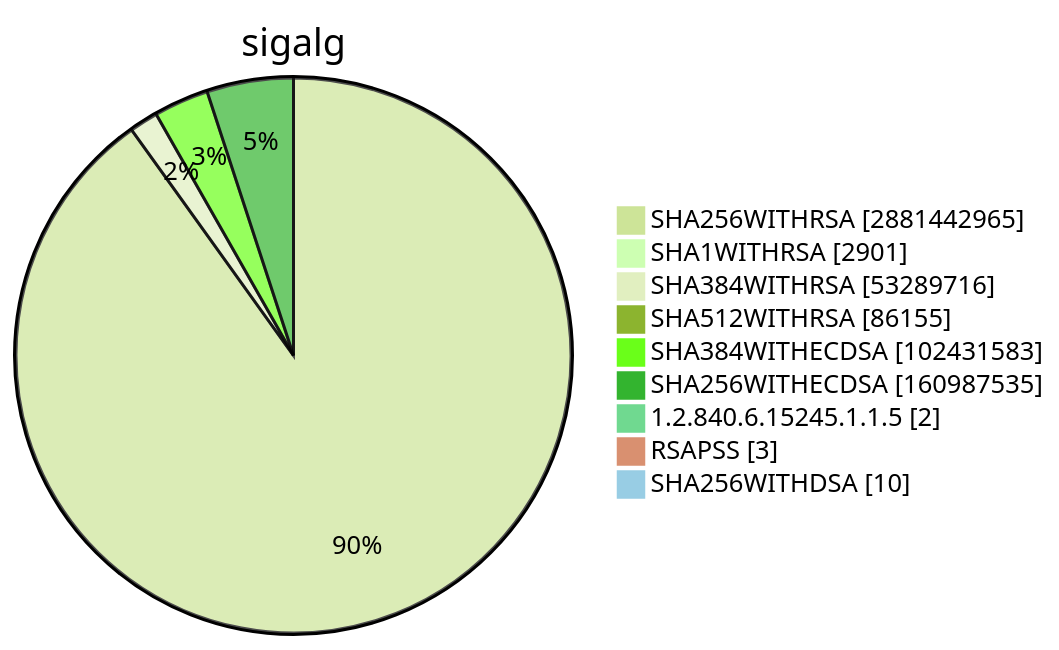
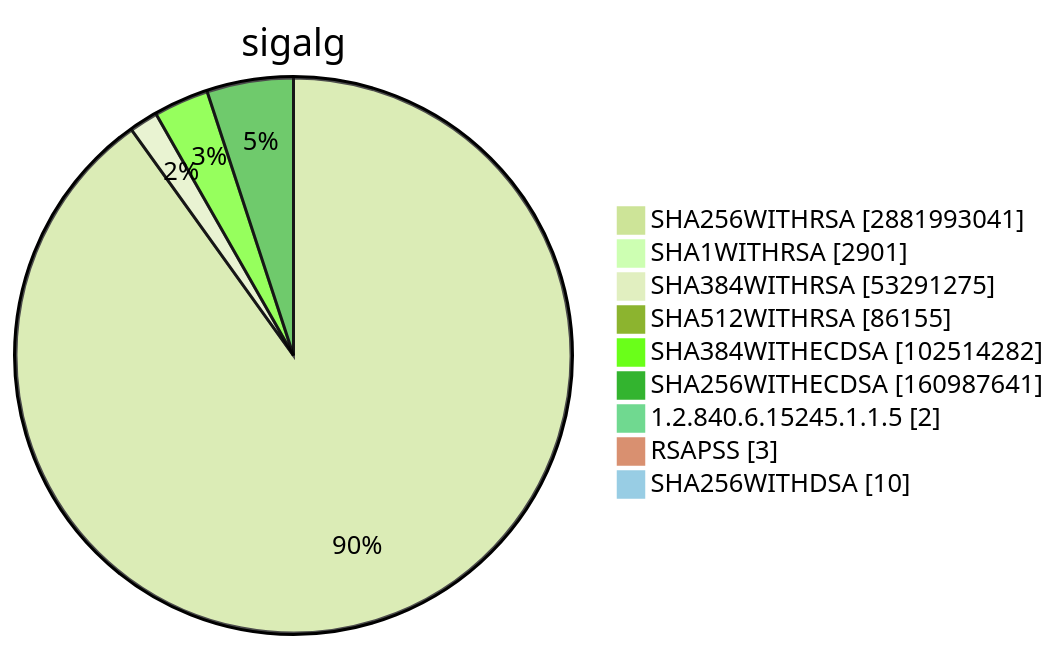
Before and after one commit to christiankrug/ctmonitor_visualization: diagram 15 of 15 in TOTAL/README.md, drawn with Mermaid (forest theme). The commit also changed other lines of this file, not shown here.

````diff
--- a/TOTAL/README.md
+++ b/TOTAL/README.md
@@ -6207,13 +6207,13 @@
 ```mermaid
 pie showData
 title sigalg
-"SHA256WITHRSA" :2881442965
+"SHA256WITHRSA" :2881993041
 "SHA1WITHRSA" :2901
-"SHA384WITHRSA" :53289716
+"SHA384WITHRSA" :53291275
 "SHA512WITHRSA" :86155
-"SHA384WITHECDSA" :102431583
-"SHA256WITHECDSA" :160987535
+"SHA384WITHECDSA" :102514282
+"SHA256WITHECDSA" :160987641
 "1.2.840.6.15245.1.1.5" :2
 "RSAPSS" :3
 "SHA256WITHDSA" :10
 ```
````
